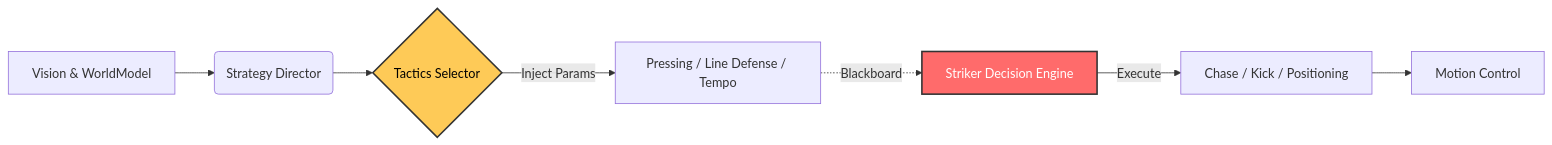
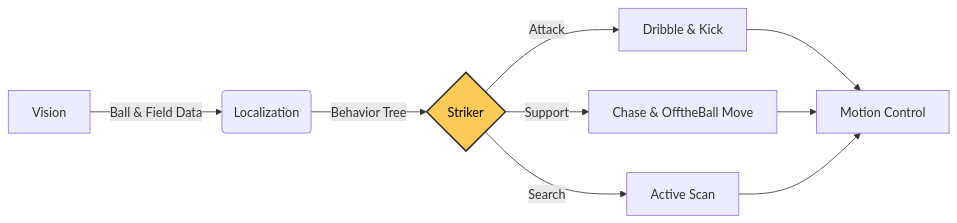
One commit to Inha-united-soccer/INHA_Striker changed the diagram in README.md. Above: the diagram before and after it, drawn with Mermaid. The commit also changed other lines of this file, not shown here.

````diff
--- a/README.md
+++ b/README.md
@@ -55,14 +50,15 @@
 ```mermaid
 graph LR
-    A[Vision & WorldModel] --> B(Strategy Director)
-    B --> C{Tactics Selector}
+    A[Vision] -->|Ball & Field Data| B(Localization)
     
-    C -->|Inject Params| D[Pressing / Line Defense / Tempo]
-    D -.->|Blackboard| E[Striker Decision Engine]
+    B -->|Behavior Tree| C{Striker}
+    C -->|Attack| D[Dribble & Kick]
+    C -->|Support| E[Chase & OfftheBall Move]
+    C -->|Search| F[Active Scan]
     
-    E -->|Execute| F[Chase / Kick / Positioning]
-    F --> G[Motion Control]
+    D --> G[Motion Control]
+    E --> G
+    F --> G
 
     style C fill:#feca57,stroke:#333,stroke-width:2px,color:black
-    style E fill:#ff6b6b,stroke:#333,stroke-width:2px,color:white
 ```
````
